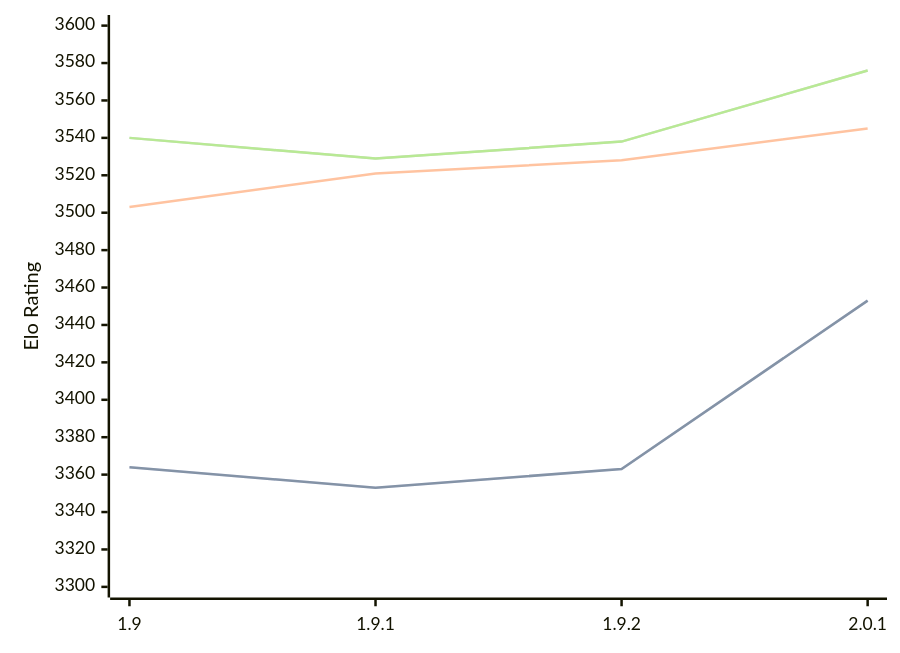
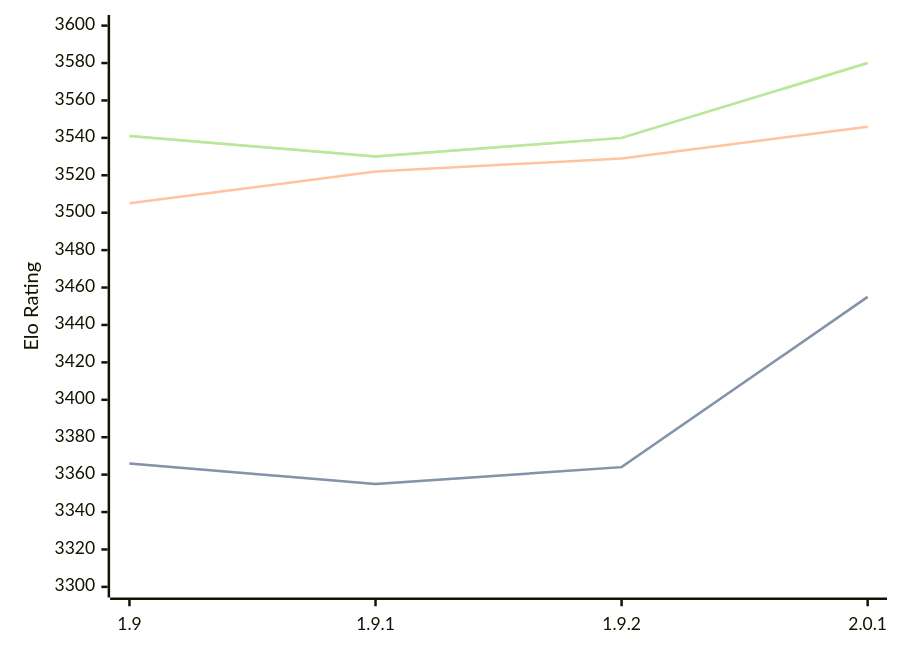
One commit to computer-chess-index/cci changed the diagram in engines/Pawnocchio.md. Above: the diagram before and after it, drawn with Mermaid. The commit also changed other lines of this file, not shown here.

Commit message:
Update CCI Ratings (ELO VLTC) - 2026-08-09

````diff
--- a/engines/Pawnocchio.md
+++ b/engines/Pawnocchio.md
@@ -36,11 +36,11 @@
 ```mermaid
 %%{init: {"theme":"base","themeVariables":{"seriesColors:['#a3a3a3','#222221','#faa371']}}}%%
 xychart-beta
   x-axis ["1.9", "1.9.1", "1.9.2", "2.0.1"]
   y-axis "Elo Rating" 3300 --> 3600
-  line "STC (8.0+0.08s)" [3364, 3353, 3363, 3453]
-  line "STC (8.0+0.08s)" [3364, 3353, 3363, 3453]
-  line "LTC (60.0+0.60s)" [3503, 3521, 3528, 3545]
-  line "VLTC (2m24s+1.12s)" [3540, 3529, 3538, 3576]
-  line "VLTC (2m24s+1.12s)" [3540, 3529, 3538, 3576]
+  line "STC (8.0+0.08s)" [3366, 3355, 3364, 3455]
+  line "STC (8.0+0.08s)" [3366, 3355, 3364, 3455]
+  line "LTC (60.0+0.60s)" [3505, 3522, 3529, 3546]
+  line "VLTC (2m24s+1.12s)" [3541, 3530, 3540, 3580]
+  line "VLTC (2m24s+1.12s)" [3541, 3530, 3540, 3580]
 ```
````
